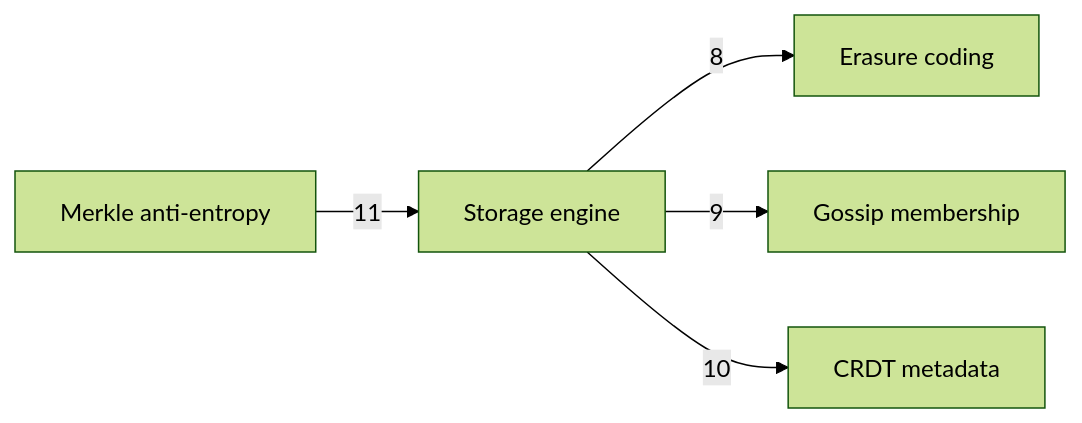
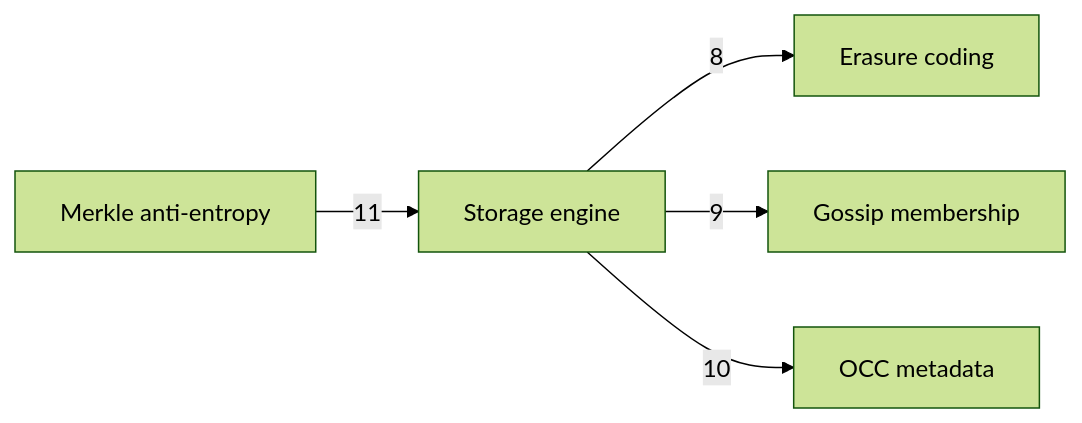
The diagram in docs/c4/diagrams/02-container-c.mmd (nickstrad/decentralized-object-store), drawn with Mermaid (forest theme) before and after one commit. The commit also changed 26 other files, not shown here.

```diff
--- a/docs/c4/diagrams/02-container-c.mmd
+++ b/docs/c4/diagrams/02-container-c.mmd
@@ -1,6 +1,6 @@
 %% draw-visual: -x 4 -y 1 -p 0
 graph LR
   MERKLE[Merkle anti-entropy] -->|11| STORAGE[Storage engine]
   STORAGE -->|8| ERASURE[Erasure coding]
   STORAGE -->|9| GOSSIP[Gossip membership]
-  STORAGE -->|10| CRDT[CRDT metadata]
+  STORAGE -->|10| OCC[OCC metadata]
```
